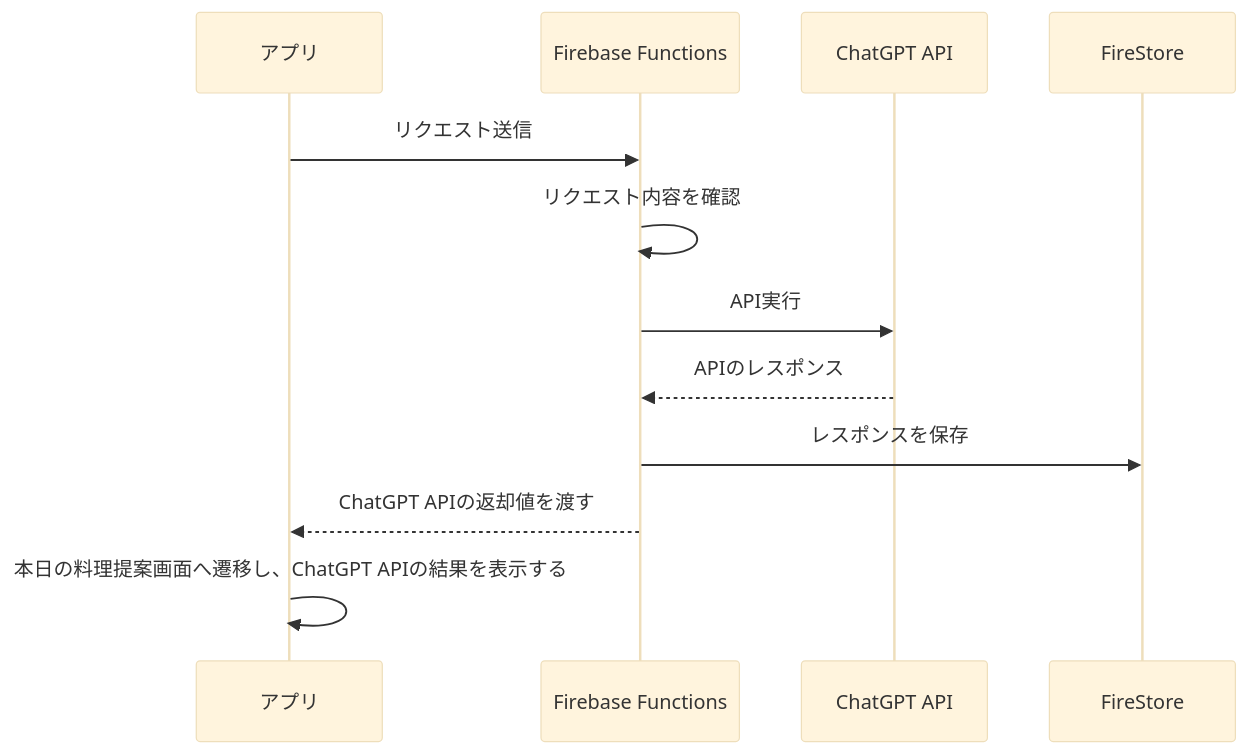
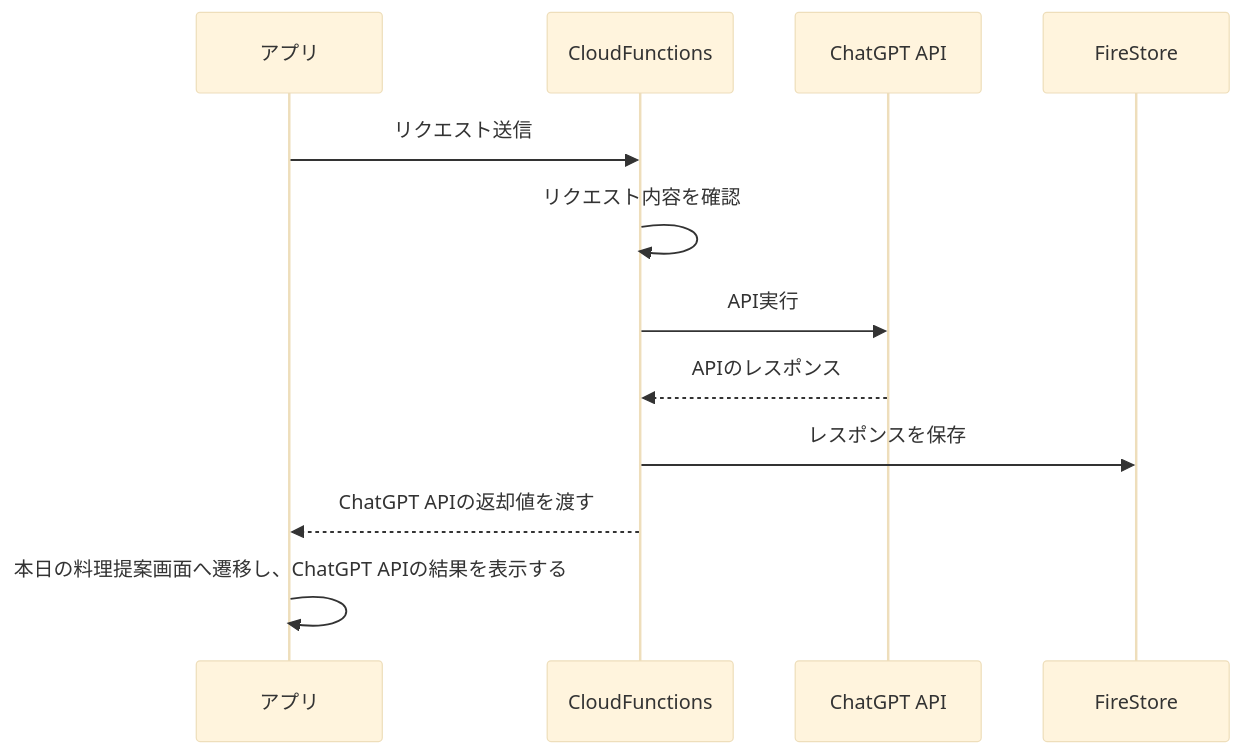
Before and after one commit to shuuuu10-01/chat-chef: the diagram in README.md, drawn with Mermaid (base theme). The commit also changed other lines of this file, not shown here.

Commit message:
fix: Firebase Functions -> CloudFunctions

````diff
--- a/README.md
+++ b/README.md
@@ -25,15 +25,15 @@
 ```mermaid
 sequenceDiagram
     participant アプリ
-    participant Firebase Functions
+    participant CloudFunctions
     participant ChatGPT API
     participant FireStore
 
-    アプリ->>Firebase Functions: リクエスト送信
-    Firebase Functions->>Firebase Functions: リクエスト内容を確認
-    Firebase Functions->>ChatGPT API: API実行
-    ChatGPT API-->>Firebase Functions: APIのレスポンス
-    Firebase Functions->>FireStore: レスポンスを保存
-    Firebase Functions-->>アプリ: ChatGPT APIの返却値を渡す
+    アプリ->>CloudFunctions: リクエスト送信
+    CloudFunctions->>CloudFunctions: リクエスト内容を確認
+    CloudFunctions->>ChatGPT API: API実行
+    ChatGPT API-->>CloudFunctions: APIのレスポンス
+    CloudFunctions->>FireStore: レスポンスを保存
+    CloudFunctions-->>アプリ: ChatGPT APIの返却値を渡す
     アプリ->>アプリ: 本日の料理提案画面へ遷移し、ChatGPT APIの結果を表示する
 ```
````
